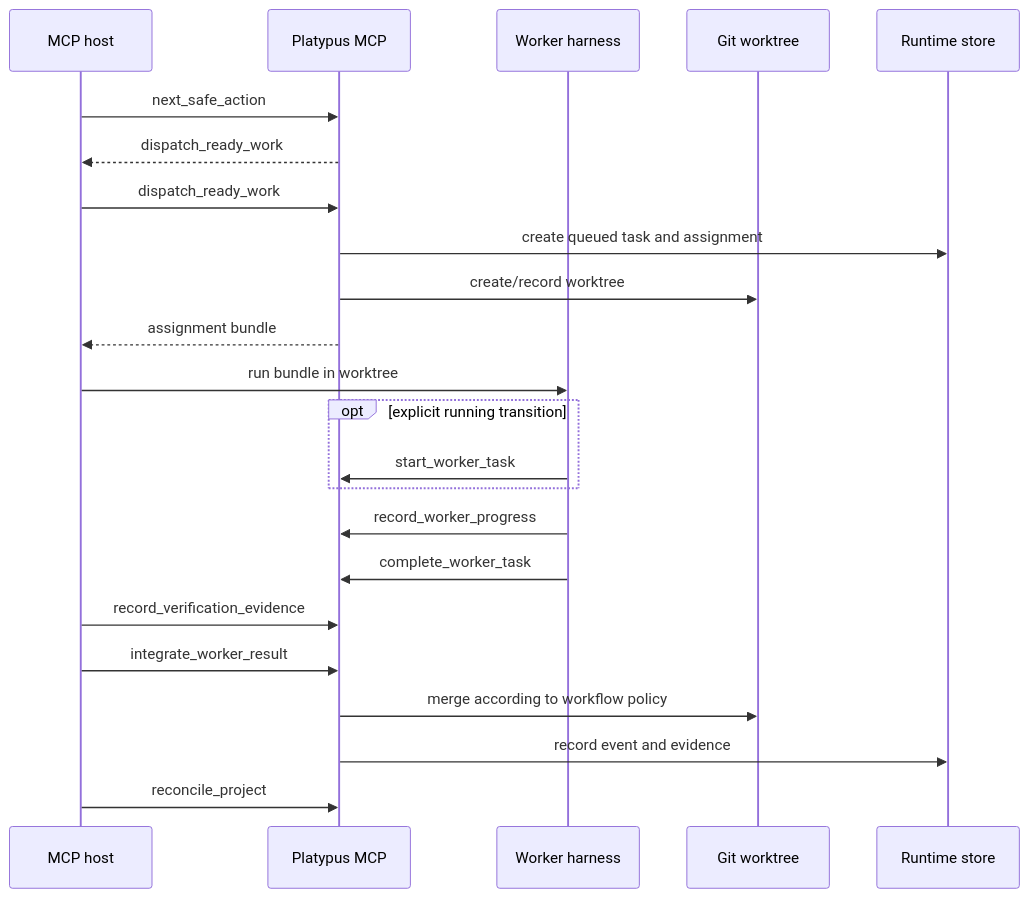
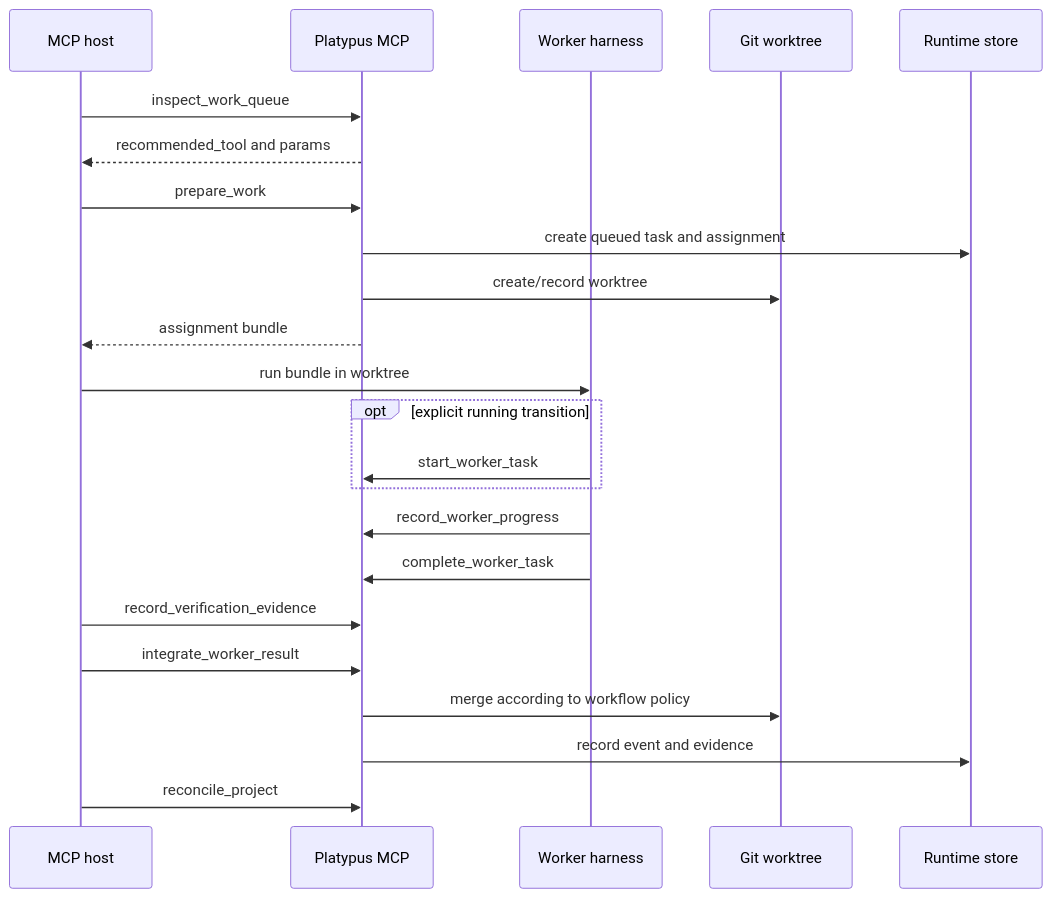
Before and after one commit to junousia/platypus-mcp: the third of 12 diagrams in docs/diagrams.md, drawn with Mermaid. The commit also changed other lines of this file and 179 other files, not shown here.

````diff
--- a/docs/diagrams.md
+++ b/docs/diagrams.md
@@ -64,26 +64,26 @@
 ```mermaid
 sequenceDiagram
     participant Host as MCP host
     participant Platy as Platypus MCP
     participant Worker as Worker harness
     participant Git as Git worktree
     participant State as Runtime store
 
-    Host->>Platy: next_safe_action
-    Platy-->>Host: dispatch_ready_work
-    Host->>Platy: dispatch_ready_work
+    Host->>Platy: inspect_work_queue
+    Platy-->>Host: recommended_tool and params
+    Host->>Platy: prepare_work
     Platy->>State: create queued task and assignment
     Platy->>Git: create/record worktree
     Platy-->>Host: assignment bundle
     Host->>Worker: run bundle in worktree
     opt explicit running transition
         Worker->>Platy: start_worker_task
     end
     Worker->>Platy: record_worker_progress
     Worker->>Platy: complete_worker_task
     Host->>Platy: record_verification_evidence
     Host->>Platy: integrate_worker_result
     Platy->>Git: merge according to workflow policy
     Platy->>State: record event and evidence
     Host->>Platy: reconcile_project
 ```
````
